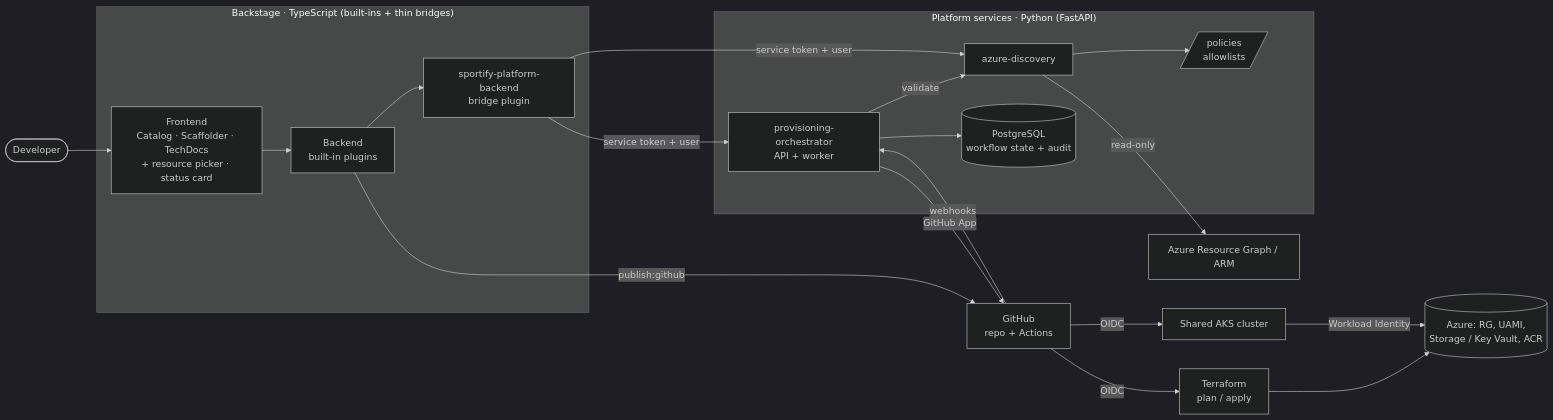
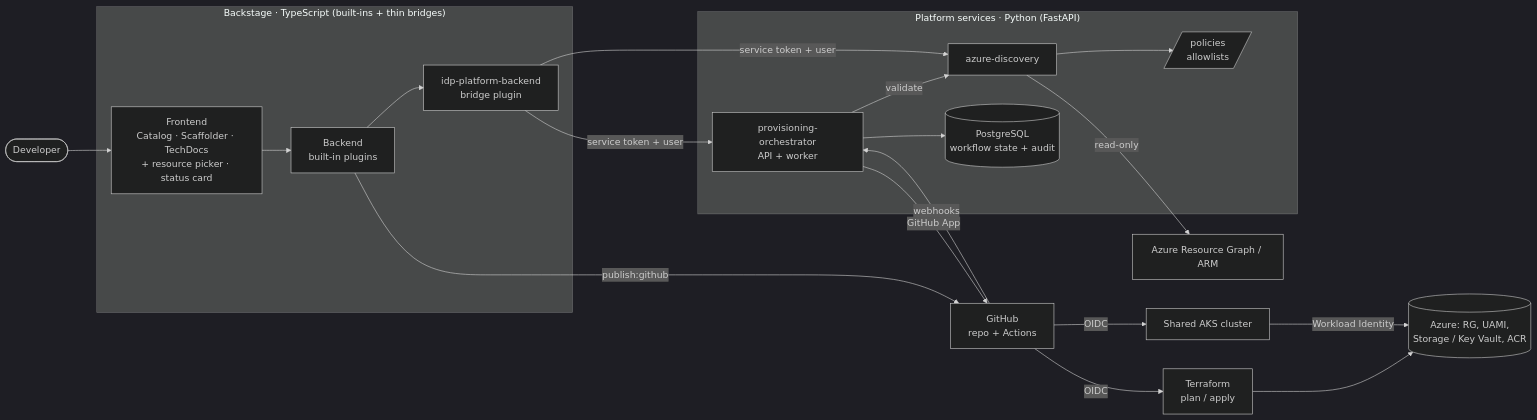
Before and after one commit to nixvarghese01/azure-backstage-goldenpath: the first of 2 diagrams in README.md, drawn with Mermaid (dark theme). The commit also changed other lines of this file and 183 other files, not shown here.

````diff
--- a/README.md
+++ b/README.md
@@ -156,29 +156,29 @@
 ```mermaid
 flowchart LR
     Dev([Developer]) --> Portal
 
     subgraph Backstage["Backstage · TypeScript (built-ins + thin bridges)"]
         Portal[Frontend<br/>Catalog · Scaffolder · TechDocs<br/>+ resource picker · status card]
         Portal --> API[Backend<br/>built-in plugins]
-        API --> Bridge[sportify-platform-backend<br/>bridge plugin]
+        API --> Bridge[idp-platform-backend<br/>bridge plugin]
     end
 
     subgraph Python["Platform services · Python (FastAPI)"]
         Disc[azure-discovery]
         Orch[provisioning-orchestrator<br/>API + worker]
         Orch --> DB[(PostgreSQL<br/>workflow state + audit)]
         Orch -- validate --> Disc
         Disc --> Policy[/policies<br/>allowlists/]
     end
 
     Bridge -- service token + user --> Disc
     Bridge -- service token + user --> Orch
     API -- publish:github --> GH
     Disc -- read-only --> ARG[Azure Resource Graph / ARM]
     Orch -- GitHub App --> GH[GitHub<br/>repo + Actions]
     GH -- webhooks --> Orch
     GH -- OIDC --> TF[Terraform<br/>plan / apply]
     TF --> Azure[(Azure: RG, UAMI,<br/>Storage / Key Vault, ACR)]
     GH -- OIDC --> AKS[Shared AKS cluster]
     AKS -- Workload Identity --> Azure
 ```
````
